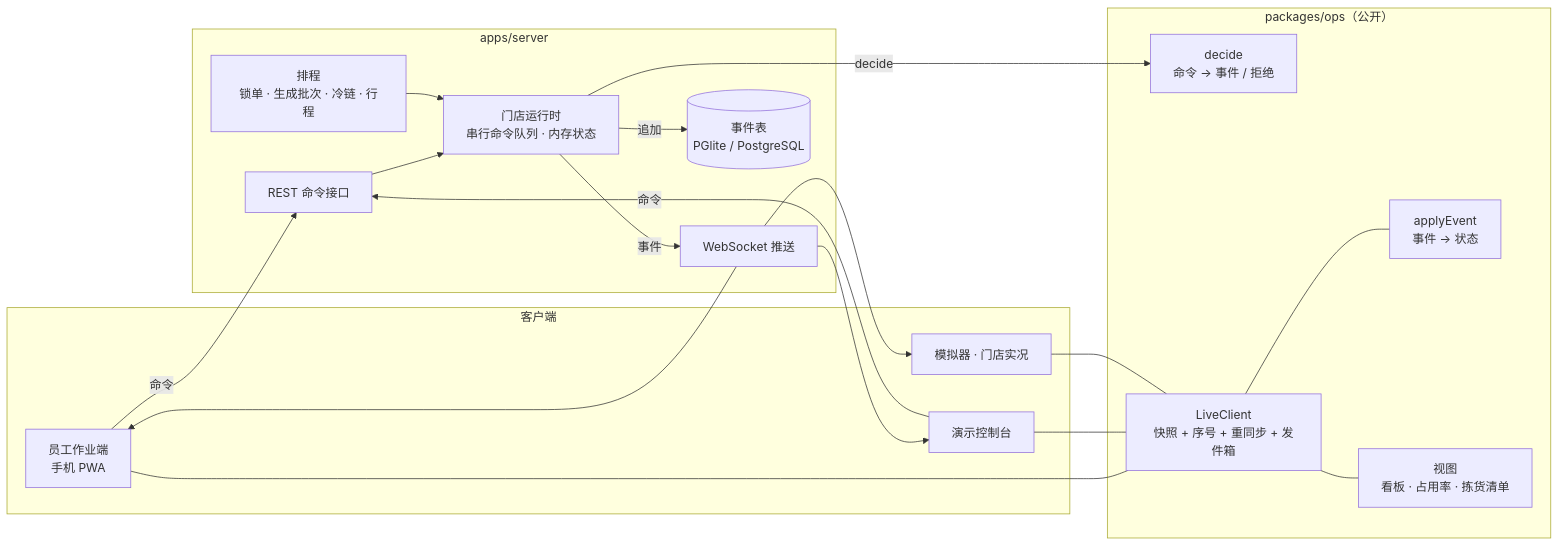
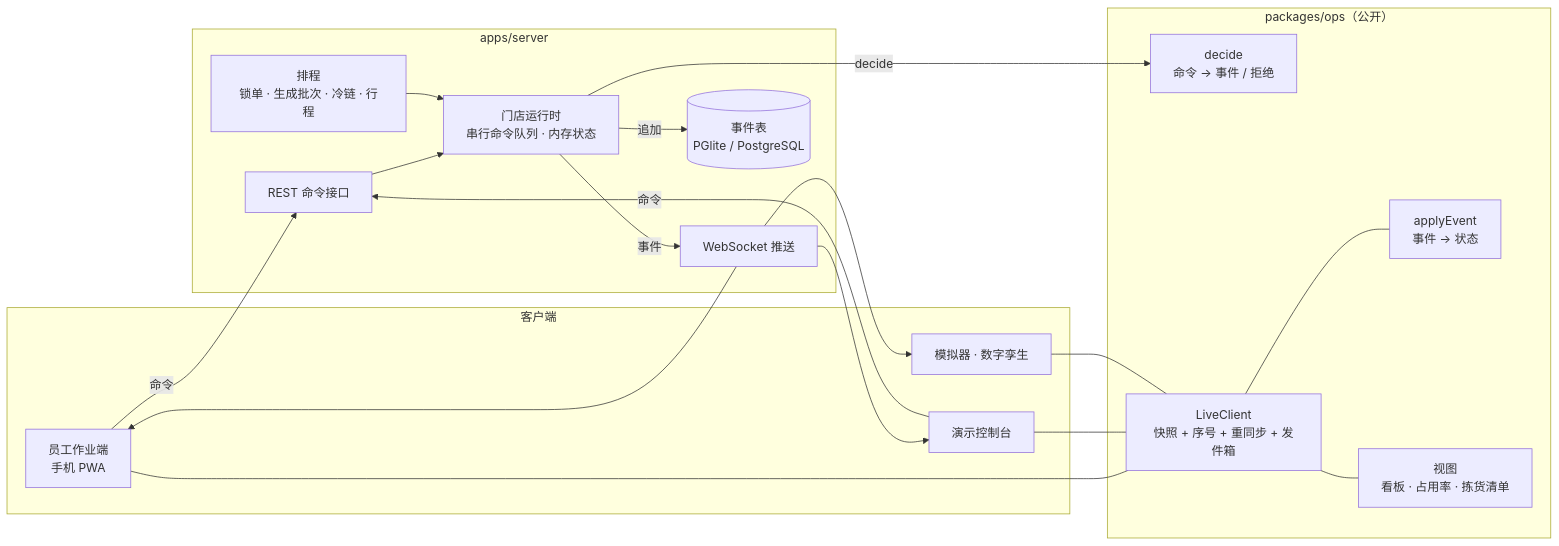
Before and after one commit to Glacieerr/storewright: the second of 2 diagrams in docs/08-live-operations.md, drawn with Mermaid. The commit also changed other lines of this file and 404 other files, not shown here.

````diff
--- a/docs/08-live-operations.md
+++ b/docs/08-live-operations.md
@@ -44,28 +44,28 @@
 ```mermaid
 flowchart LR
   subgraph Clients[客户端]
     A1[员工作业端<br/>手机 PWA]
     A2[演示控制台]
-    SIM[模拟器 · 门店实况]
+    SIM[模拟器 · 数字孪生]
   end
   subgraph Core[packages/ops（公开）]
     D[decide<br/>命令 → 事件 / 拒绝]
     E[applyEvent<br/>事件 → 状态]
     VW[视图<br/>看板 · 占用率 · 拣货清单]
     LC[LiveClient<br/>快照 + 序号 + 重同步 + 发件箱]
   end
   subgraph Server[apps/server]
     API[REST 命令接口]
     RT[门店运行时<br/>串行命令队列 · 内存状态]
     WS[WebSocket 推送]
     SCH[排程<br/>锁单 · 生成批次 · 冷链 · 行程]
     DB[(事件表<br/>PGlite / PostgreSQL)]
   end
   A1 & A2 -- 命令 --> API --> RT
   SCH --> RT
   RT -- decide --> D
   RT -- 追加 --> DB
   RT -- 事件 --> WS --> A1 & A2 & SIM
   A1 & A2 & SIM --- LC
   LC --- E & VW
 ```
````
